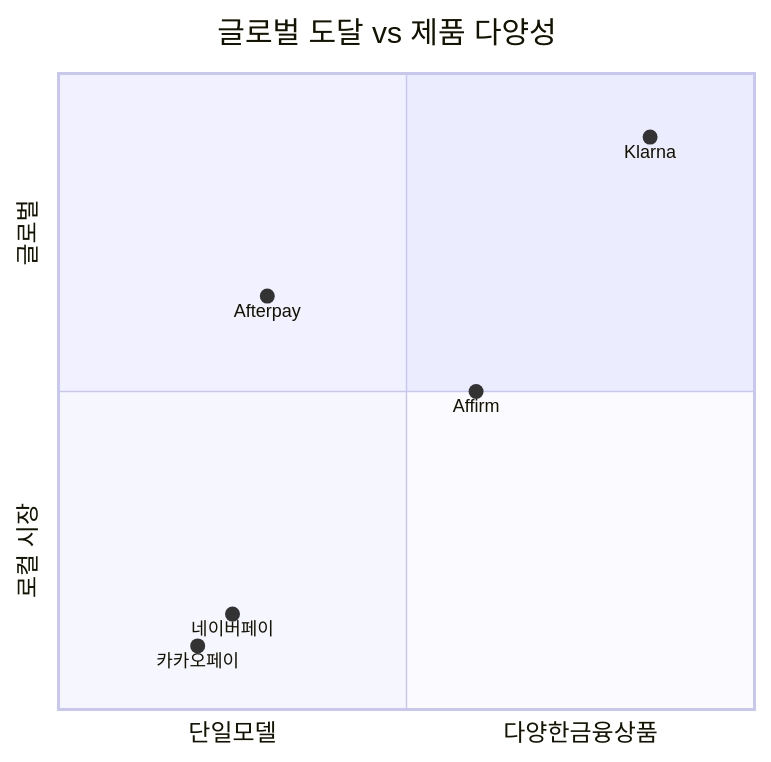
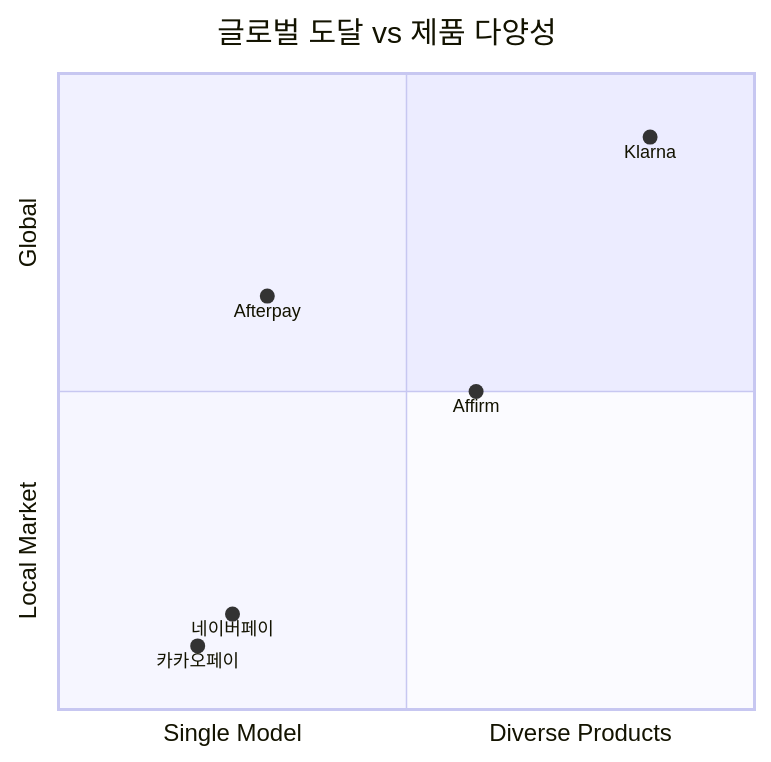
The diagram in docs/domains/bnpl/products/index.md (OkyoKwon/studyNresearch), drawn with Mermaid before and after one commit. The commit also changed 9 other files, not shown here.

````diff
--- a/docs/domains/bnpl/products/index.md
+++ b/docs/domains/bnpl/products/index.md
@@ -20,11 +20,11 @@
 ```mermaid
 quadrantChart
     title 글로벌 도달 vs 제품 다양성
-    x-axis 단일모델 --> 다양한금융상품
-    y-axis 로컬 시장 --> 글로벌
+    x-axis Single Model --> Diverse Products
+    y-axis Local Market --> Global
     Klarna: [0.85, 0.9]
     Afterpay: [0.3, 0.65]
     Affirm: [0.6, 0.5]
     네이버페이: [0.25, 0.15]
     카카오페이: [0.2, 0.1]
 ```
````
